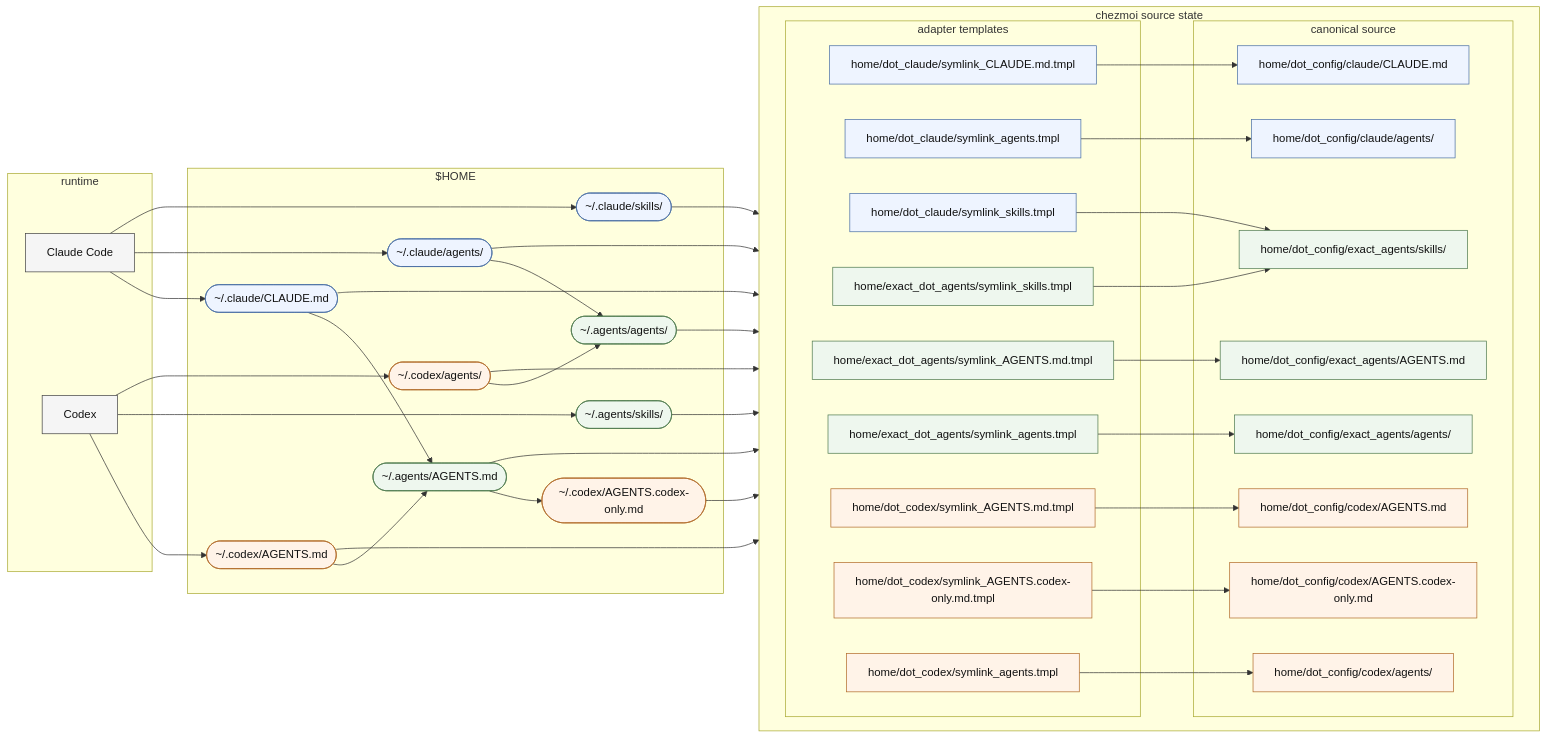
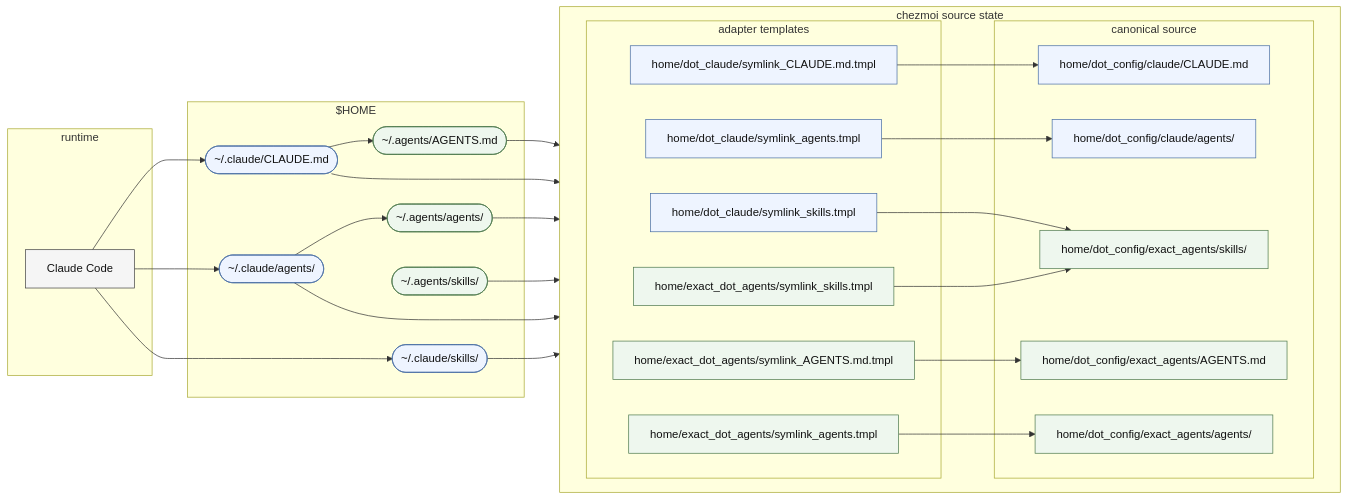
Before and after one commit to shunk031/dotfiles: the diagram in home/dot_config/exact_agents/README.md, drawn with Mermaid. The commit also changed other lines of this file and 3 other files, not shown here.

````diff
--- a/home/dot_config/exact_agents/README.md
+++ b/home/dot_config/exact_agents/README.md
@@ -18,7 +18,6 @@
 flowchart LR
   subgraph RUNTIME["runtime"]
     U_CLAUDE["Claude Code"]
-    U_CODEX["Codex"]
   end
 
   subgraph HOME["$HOME"]
@@ -29,10 +28,6 @@
     H_SHARED(["~/.agents/AGENTS.md"])
     H_SHARED_AGENTS(["~/.agents/agents/"])
     H_SHARED_SKILLS(["~/.agents/skills/"])
-
-    H_CODEX(["~/.codex/AGENTS.md"])
-    H_CODEX_ONLY(["~/.codex/AGENTS.codex-only.md"])
-    H_CODEX_AGENTS(["~/.codex/agents/"])
   end
 
   subgraph CHEZMOI["chezmoi source state"]
@@ -46,10 +41,6 @@
       A_SHARED["home/exact_dot_agents/symlink_AGENTS.md.tmpl"]
       A_SHARED_AGENTS["home/exact_dot_agents/symlink_agents.tmpl"]
       A_SHARED_SKILLS["home/exact_dot_agents/symlink_skills.tmpl"]
-
-      A_CODEX["home/dot_codex/symlink_AGENTS.md.tmpl"]
-      A_CODEX_ONLY["home/dot_codex/symlink_AGENTS.codex-only.md.tmpl"]
-      A_CODEX_AGENTS["home/dot_codex/symlink_agents.tmpl"]
     end
 
     subgraph CANONICAL["canonical source"]
@@ -59,10 +50,6 @@
       S_SHARED["home/dot_config/exact_agents/AGENTS.md"]
       S_SHARED_AGENTS["home/dot_config/exact_agents/agents/"]
       S_SHARED_SKILLS["home/dot_config/exact_agents/skills/"]
-
-      S_CODEX["home/dot_config/codex/AGENTS.md"]
-      S_CODEX_ONLY["home/dot_config/codex/AGENTS.codex-only.md"]
-      S_CODEX_AGENTS["home/dot_config/codex/agents/"]
     end
   end
 
@@ -72,12 +59,6 @@
   H_CLAUDE --> H_SHARED
   H_CLAUDE_AGENTS --> H_SHARED_AGENTS
 
-  U_CODEX --> H_CODEX
-  U_CODEX --> H_SHARED_SKILLS
-  U_CODEX --> H_CODEX_AGENTS
-  H_CODEX_AGENTS --> H_SHARED_AGENTS
-  H_CODEX --> H_SHARED --> H_CODEX_ONLY
-
   H_CLAUDE --> A_CLAUDE --> S_CLAUDE
   H_CLAUDE_AGENTS --> A_CLAUDE_AGENTS --> S_CLAUDE_AGENTS
   H_CLAUDE_SKILLS --> A_CLAUDE_SKILLS --> S_SHARED_SKILLS
@@ -86,17 +67,11 @@
   H_SHARED_AGENTS --> A_SHARED_AGENTS --> S_SHARED_AGENTS
   H_SHARED_SKILLS --> A_SHARED_SKILLS --> S_SHARED_SKILLS
 
-  H_CODEX --> A_CODEX --> S_CODEX
-  H_CODEX_ONLY --> A_CODEX_ONLY --> S_CODEX_ONLY
-  H_CODEX_AGENTS --> A_CODEX_AGENTS --> S_CODEX_AGENTS
-
   classDef runtime fill:#f5f5f5,stroke:#444,color:#111;
   classDef agents fill:#eef7ee,stroke:#4f7a4f,color:#111;
   classDef claude fill:#eef4ff,stroke:#4a6fa5,color:#111;
-  classDef codex fill:#fff3e8,stroke:#b26b2a,color:#111;
 
-  class U_CLAUDE,U_CODEX runtime;
+  class U_CLAUDE runtime;
   class H_SHARED,H_SHARED_AGENTS,H_SHARED_SKILLS,A_SHARED,A_SHARED_AGENTS,A_SHARED_SKILLS,S_SHARED,S_SHARED_AGENTS,S_SHARED_SKILLS agents;
   class H_CLAUDE,H_CLAUDE_AGENTS,H_CLAUDE_SKILLS,A_CLAUDE,A_CLAUDE_AGENTS,A_CLAUDE_SKILLS,S_CLAUDE,S_CLAUDE_AGENTS claude;
-  class H_CODEX,H_CODEX_ONLY,H_CODEX_AGENTS,A_CODEX,A_CODEX_ONLY,A_CODEX_AGENTS,S_CODEX,S_CODEX_ONLY,S_CODEX_AGENTS codex;
 ```
````
